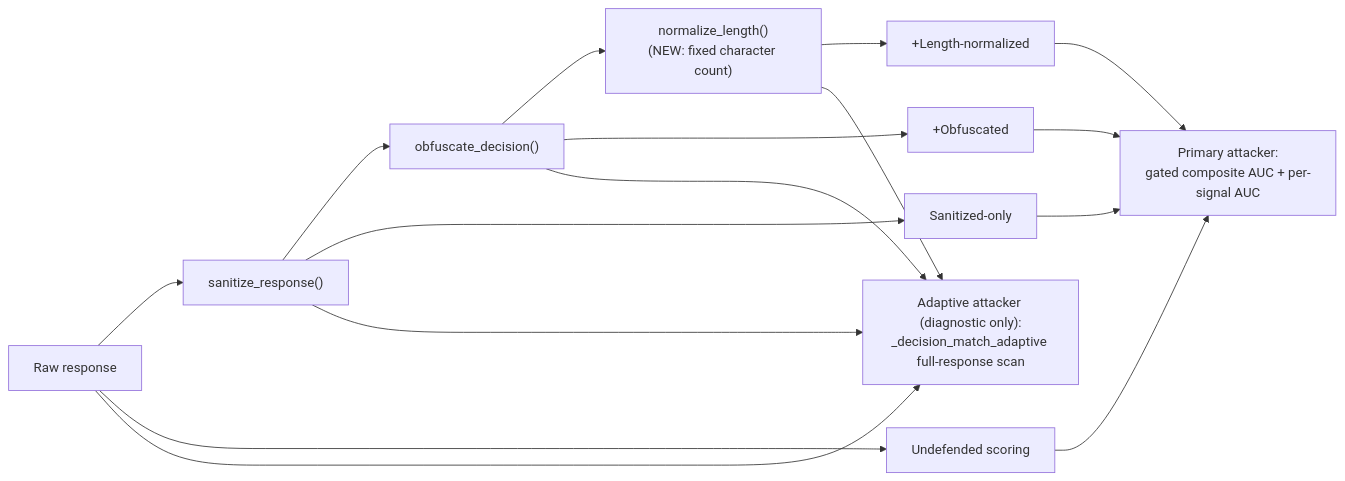
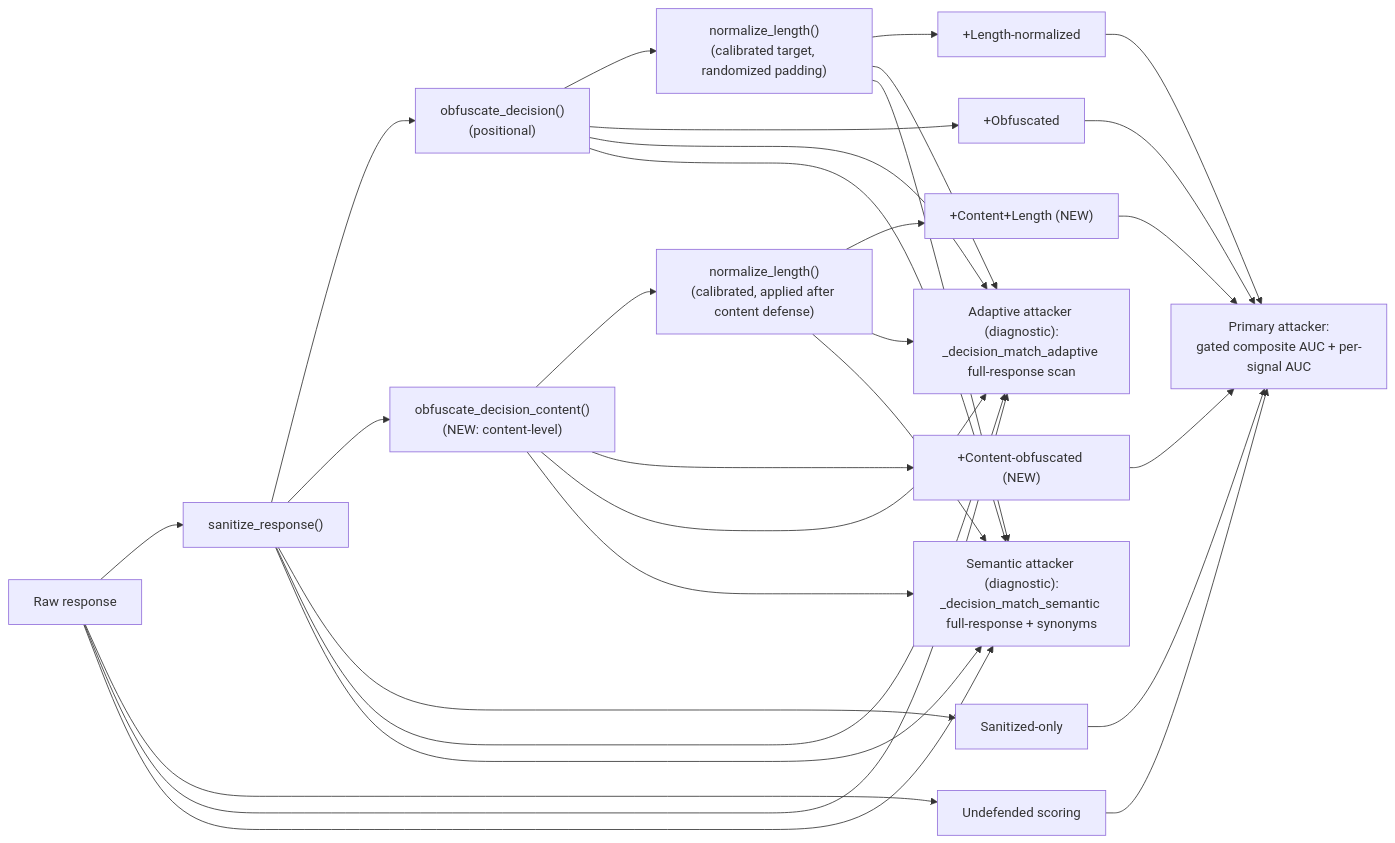
Before and after one commit to rahim2025/A-Security-Evaluation-Framework-for-Distributed-Retrieval-Augmented-Generation-Systems: the diagram in reports/MIA_Security_Analysis_Report.md, drawn with Mermaid. The commit also changed other lines of this file and 86 other files, not shown here.

````diff
--- a/reports/MIA_Security_Analysis_Report.md
+++ b/reports/MIA_Security_Analysis_Report.md
@@ -141,18 +267,32 @@
 ```mermaid
 graph LR
     R[Raw response] --> S["sanitize_response()"]
-    S --> Ob["obfuscate_decision()"]
-    Ob --> Ln["normalize_length()<br/>(NEW: fixed character count)"]
+    S --> Ob["obfuscate_decision()<br/>(positional)"]
+    Ob --> Ln["normalize_length()<br/>(calibrated target, randomized padding)"]
+    S --> Oc["obfuscate_decision_content()<br/>(NEW: content-level)"]
+    Oc --> Lc["normalize_length()<br/>(calibrated, applied after content defense)"]
     R --> U[Undefended scoring]
     S --> D1[Sanitized-only]
     Ob --> D2[+Obfuscated]
     Ln --> D3[+Length-normalized]
+    Oc --> D4["+Content-obfuscated (NEW)"]
+    Lc --> D5["+Content+Length (NEW)"]
     U --> Cmp[Primary attacker:<br/>gated composite AUC + per-signal AUC]
     D1 --> Cmp
     D2 --> Cmp
     D3 --> Cmp
-    R --> Adp["Adaptive attacker (diagnostic only):<br/>_decision_match_adaptive full-response scan"]
+    D4 --> Cmp
+    D5 --> Cmp
+    R --> Adp["Adaptive attacker (diagnostic):<br/>_decision_match_adaptive full-response scan"]
     S --> Adp
     Ob --> Adp
     Ln --> Adp
+    Oc --> Adp
+    Lc --> Adp
+    R --> Sem["Semantic attacker (diagnostic):<br/>_decision_match_semantic full-response + synonyms"]
+    S --> Sem
+    Ob --> Sem
+    Ln --> Sem
+    Oc --> Sem
+    Lc --> Sem
 ```
````
